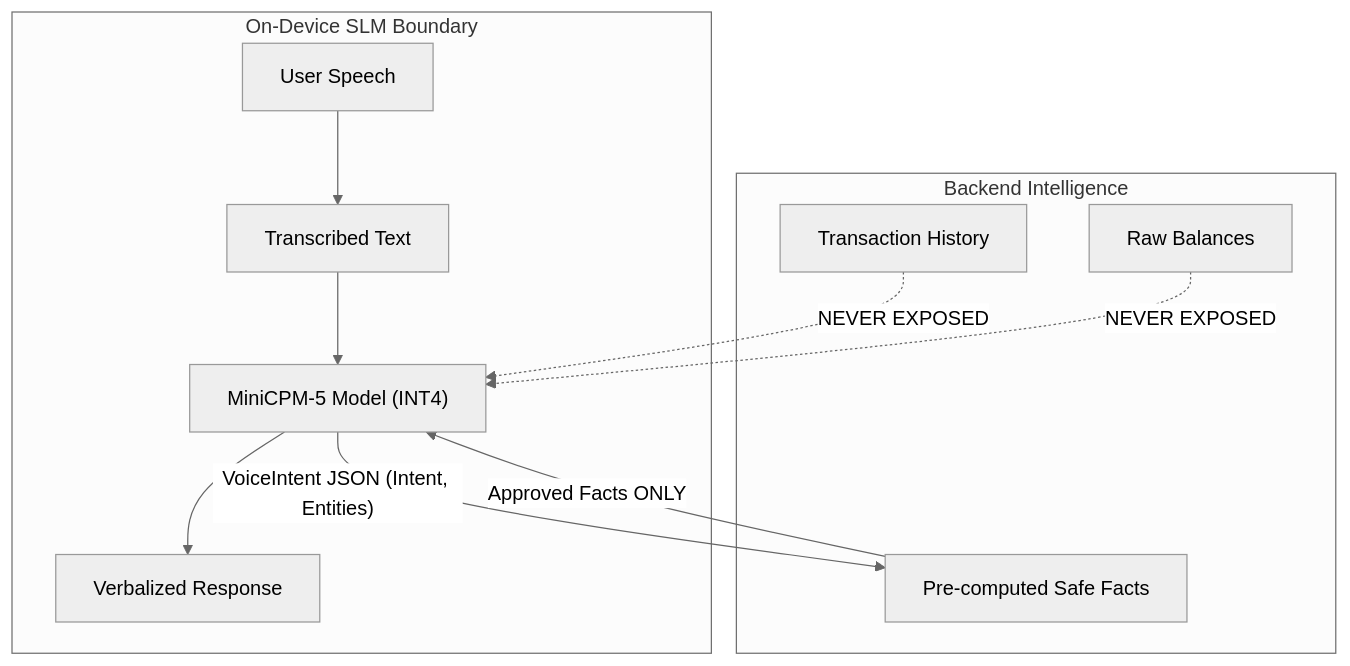
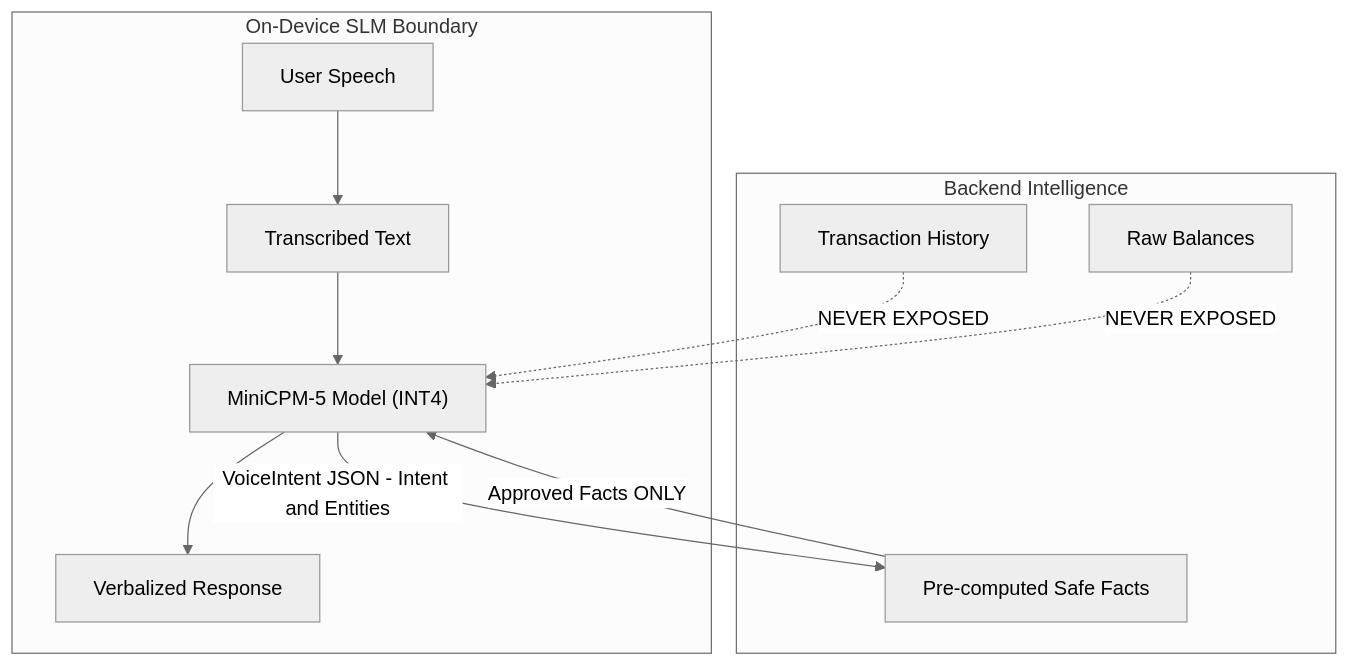
One commit to Neutron-0/ABC-Bank changed the seventh of 8 diagrams in docs/architecture/ai-engine.md. Above: the diagram before and after it, drawn with Mermaid (neutral theme). The commit also changed other lines of this file and 33 other files, not shown here.

````diff
--- a/docs/architecture/ai-engine.md
+++ b/docs/architecture/ai-engine.md
@@ -195,24 +195,24 @@
 ```mermaid
 flowchart TD
     subgraph "On-Device SLM Boundary"
         Speech["User Speech"]
         Text["Transcribed Text"]
         SLM["MiniCPM-5 Model (INT4)"]
         Verbal["Verbalized Response"]
     end
     
     subgraph "Backend Intelligence"
         History["Transaction History"]
         Balances["Raw Balances"]
         Facts["Pre-computed Safe Facts"]
     end
     
     Speech --> Text
     Text --> SLM
-    SLM -->|"VoiceIntent JSON (Intent, Entities)"| Facts
-    Facts -->|"Approved Facts ONLY"| SLM
+    SLM -->|VoiceIntent JSON - Intent and Entities| Facts
+    Facts -->|Approved Facts ONLY| SLM
     SLM --> Verbal
     
-    History -.->|"NEVER EXPOSED"| SLM
-    Balances -.->|"NEVER EXPOSED"| SLM
+    History -.->|NEVER EXPOSED| SLM
+    Balances -.->|NEVER EXPOSED| SLM
 ```
````
